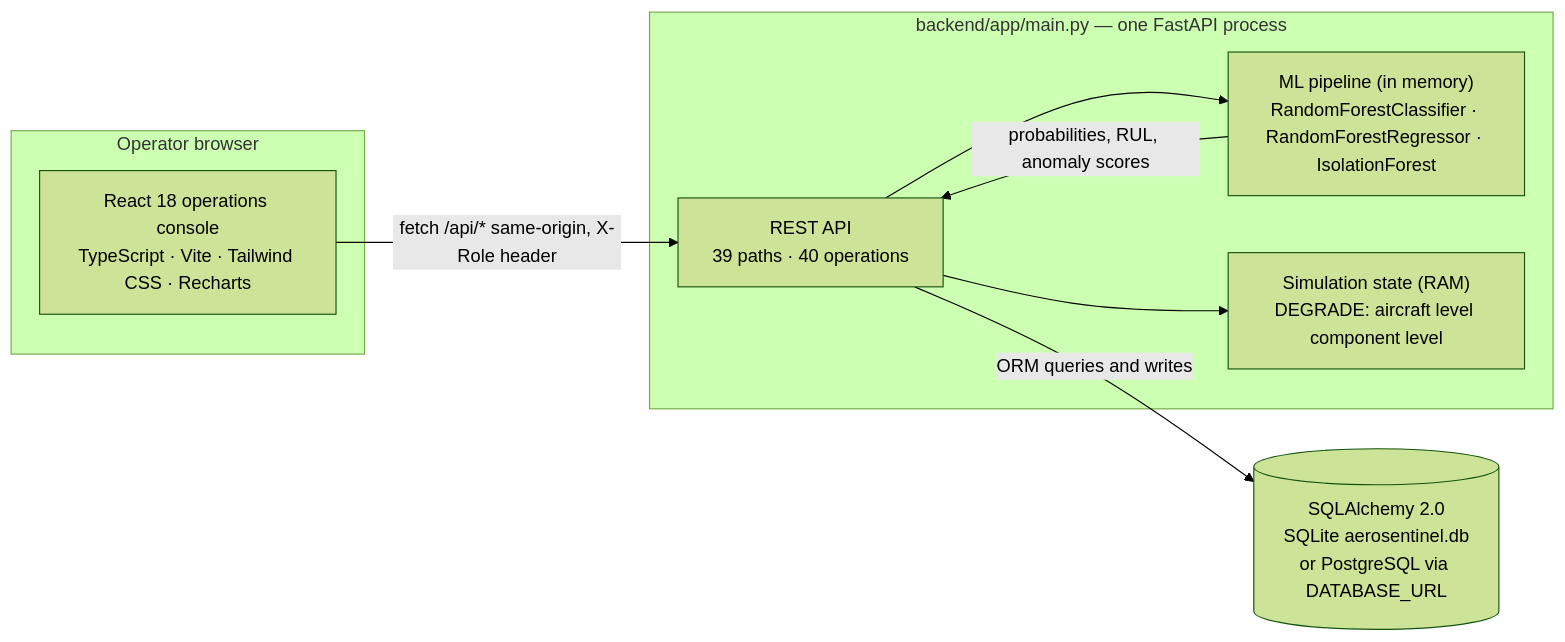
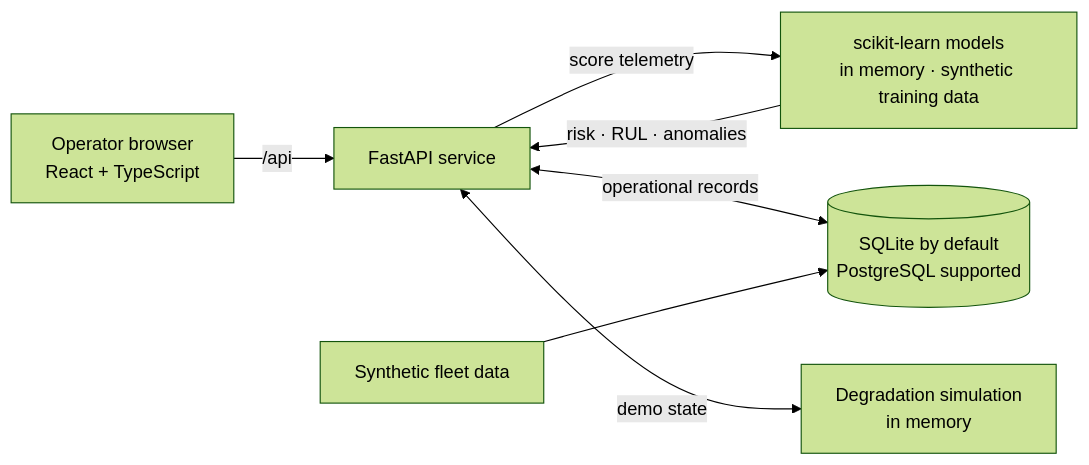
Before and after one commit to Harithdn/SIH249-Main: the first of 2 diagrams in README.md, drawn with Mermaid (forest theme). The commit also changed other lines of this file, not shown here.

````diff
--- a/README.md
+++ b/README.md
@@ -316,20 +22,9 @@
 ```mermaid
 flowchart LR
-    subgraph Client["Operator browser"]
-        UI["React 18 operations console<br/>TypeScript · Vite · Tailwind CSS · Recharts"]
-    end
-
-    subgraph Service["backend/app/main.py — one FastAPI process"]
-        API["REST API<br/>39 paths · 40 operations"]
-        ML["ML pipeline (in memory)<br/>RandomForestClassifier · RandomForestRegressor · IsolationForest"]
-        SIM["Simulation state (RAM)<br/>DEGRADE: aircraft level component level"]
-    end
-
-    DB[("SQLAlchemy 2.0<br/>SQLite aerosentinel.db<br/>or PostgreSQL via DATABASE_URL")]
-
-    UI -->|"fetch /api/* same-origin, X-Role header"| API
-    API --> ML
-    API --> SIM
-    API -->|"ORM queries and writes"| DB
-    ML -->|"probabilities, RUL, anomaly scores"| API
+    UI["Operator browser<br/>React + TypeScript"] -->|"/api"| API["FastAPI service"]
+    API -->|"score telemetry"| ML["scikit-learn models<br/>in memory · synthetic training data"]
+    ML -->|"risk · RUL · anomalies"| API
+    API <-->|"operational records"| DB[("SQLite by default<br/>PostgreSQL supported")]
+    SEED["Synthetic fleet data"] --> DB
+    API <-->|"demo state"| SIM["Degradation simulation<br/>in memory"]
 ```
````
